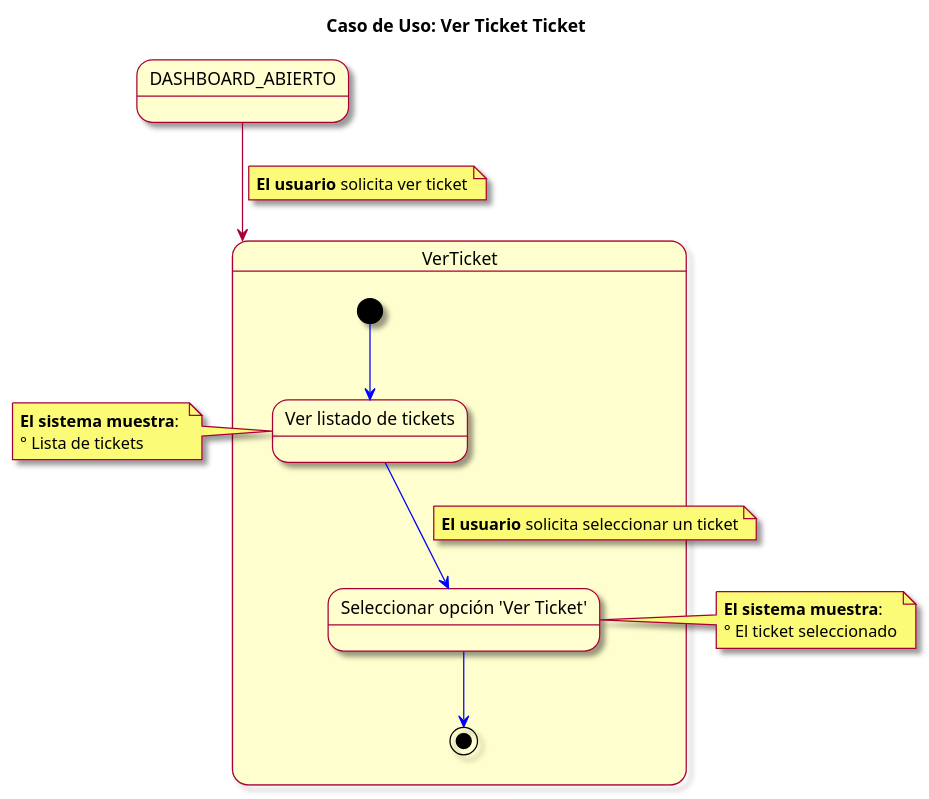
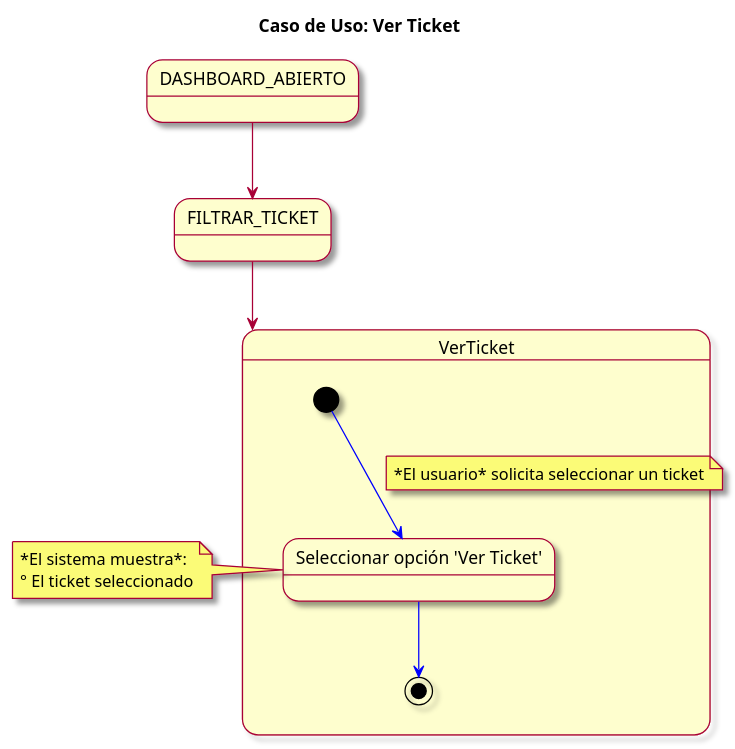
One commit to mmasias/23-24-IdSw1-SDR changed the diagram in modelosUML/CasosDeUsos/CasosDetallados/VerTicket.puml. Above: the diagram before and after it, drawn with PlantUML.

Commit message:
Refactorizacion caso detallado de ver ticket

```diff
--- a/modelosUML/CasosDeUsos/CasosDetallados/VerTicket.puml
+++ b/modelosUML/CasosDeUsos/CasosDetallados/VerTicket.puml
@@ -1,30 +1,24 @@
 @startuml
 skin rose
-title Caso de Uso: Ver Ticket Ticket
+title Caso de Uso: Ver Ticket
 
 state DASHBOARD_ABIERTO
+state FILTRAR_TICKET
 
-DASHBOARD_ABIERTO --> VerTicket
-note on link: **El usuario** solicita ver ticket
+DASHBOARD_ABIERTO --> FILTRAR_TICKET
+FILTRAR_TICKET --> VerTicket
 
 state VerTicket {
 
-  [*] -[#blue]-> verlistadoTickets
-  state "Ver listado de tickets" as verlistadoTickets
-  verlistadoTickets -[#blue]-> seleccionarOpcionVer
-  note on link : **El usuario** solicita seleccionar un ticket
+  [*] -[#blue]-> seleccionarOpcionVer
+  note on link : *El usuario* solicita seleccionar un ticket
   state "Seleccionar opción 'Ver Ticket'" as seleccionarOpcionVer
   seleccionarOpcionVer -[#blue]-> [*]
 }
 
-note left of verlistadoTickets
-  **El sistema muestra**: 
-  ° Lista de tickets
-end note
-
 note left of seleccionarOpcionVer
-  **El sistema muestra**: 
+  *El sistema muestra*: 
   ° El ticket seleccionado
 end note
 
 @enduml
```
